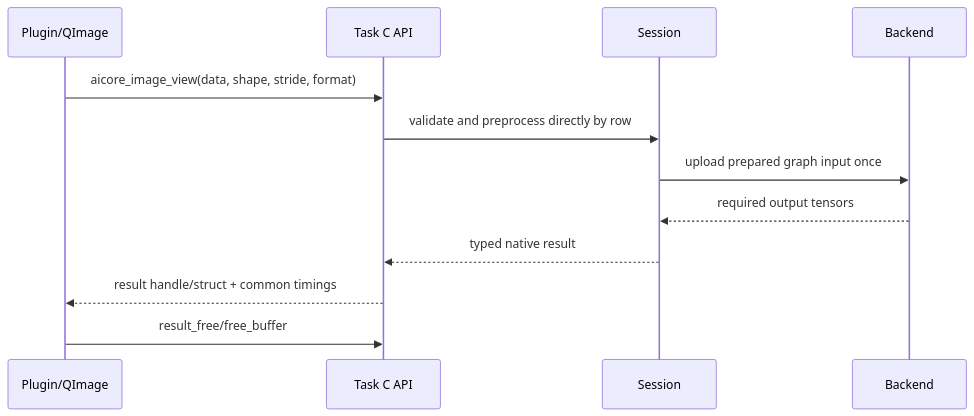
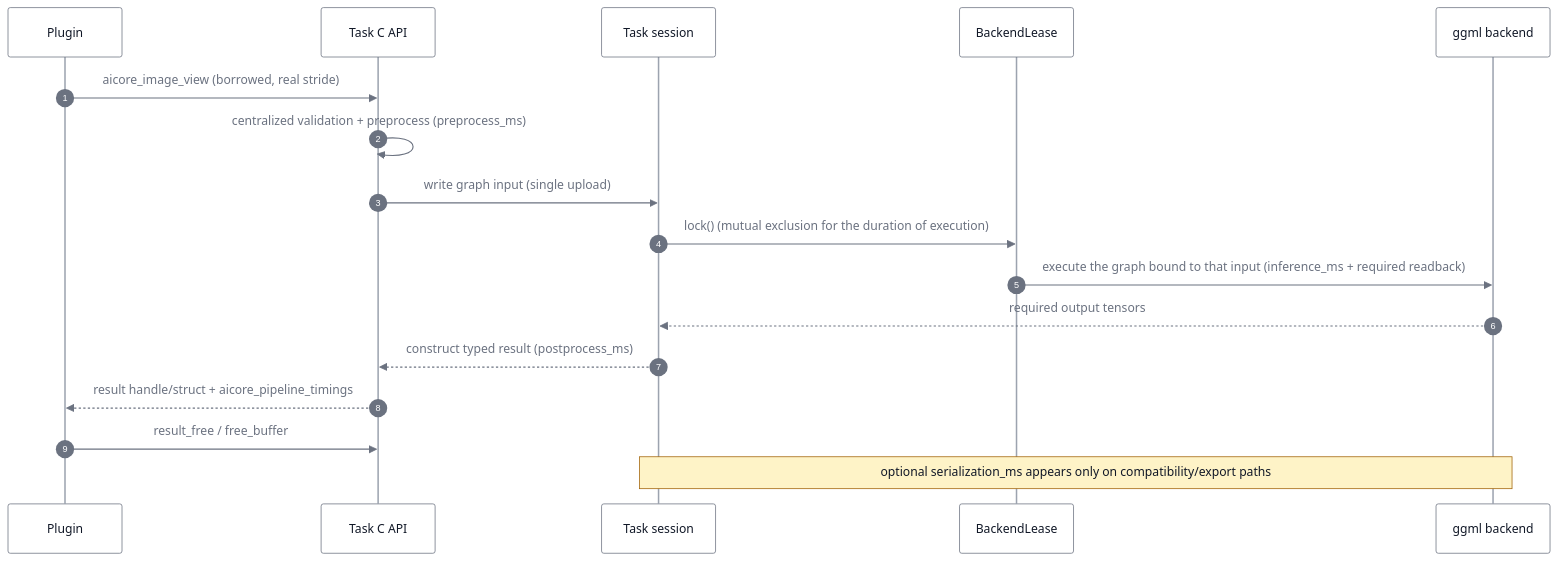
One commit to Asher-1/ACloudViewer changed the second of 8 diagrams in core/AICore/docs/ARCHITECTURE.md. Above: the diagram before and after it, drawn with Mermaid. The commit also changed other lines of this file and 47 other files, not shown here.

````diff
--- a/core/AICore/docs/ARCHITECTURE.md
+++ b/core/AICore/docs/ARCHITECTURE.md
@@ -53,14 +304,21 @@
 ```mermaid
+%%{init: {"theme":"base","themeVariables":{"primaryColor":"#ffffff","primaryTextColor":"#111827","primaryBorderColor":"#6b7280","secondaryColor":"#f3f4f6","tertiaryColor":"#e5e7eb","mainBkg":"#ffffff","nodeBorder":"#6b7280","textColor":"#111827","titleColor":"#111827","lineColor":"#6b7280","clusterBkg":"#f3f4f6","clusterBorder":"#9ca3af","edgeLabelBackground":"#e5e7eb","labelBoxBkgColor":"#e5e7eb","labelTextColor":"#111827","noteBkgColor":"#fef3c7","noteTextColor":"#111827","noteBorderColor":"#a16207","actorBkg":"#ffffff","actorTextColor":"#111827","actorBorder":"#6b7280","actorLineColor":"#9ca3af","signalColor":"#6b7280","signalTextColor":"#6b7280","sequenceNumberColor":"#ffffff","loopTextColor":"#111827","activationBkgColor":"#f3f4f6","activationBorderColor":"#6b7280"},"themeCSS":".edgeLabel span, .edgeLabel p, .edgeLabel .labelText, .labelText { color: #111827 !important; fill: #111827 !important; }"}}%%
 sequenceDiagram
-    participant P as Plugin/QImage
+    autonumber
+    participant P as Plugin
     participant C as Task C API
-    participant S as Session
-    participant B as Backend
-    P->>C: aicore_image_view(data, shape, stride, format)
-    C->>S: validate and preprocess directly by row
-    S->>B: upload prepared graph input once
+    participant S as Task session
+    participant L as BackendLease
+    participant B as ggml backend
+
+    P->>C: aicore_image_view (borrowed, real stride)
+    C->>C: centralized validation + preprocess (preprocess_ms)
+    C->>S: write graph input (single upload)
+    S->>L: lock() (mutual exclusion for the duration of execution)
+    L->>B: execute the graph bound to that input (inference_ms + required readback)
     B-->>S: required output tensors
-    S-->>C: typed native result
-    C-->>P: result handle/struct + common timings
-    P->>C: result_free/free_buffer
+    S-->>C: construct typed result (postprocess_ms)
+    C-->>P: result handle/struct + aicore_pipeline_timings
+    P->>C: result_free / free_buffer
+    Note over S,B: optional serialization_ms appears only on compatibility/export paths
 ```
````
